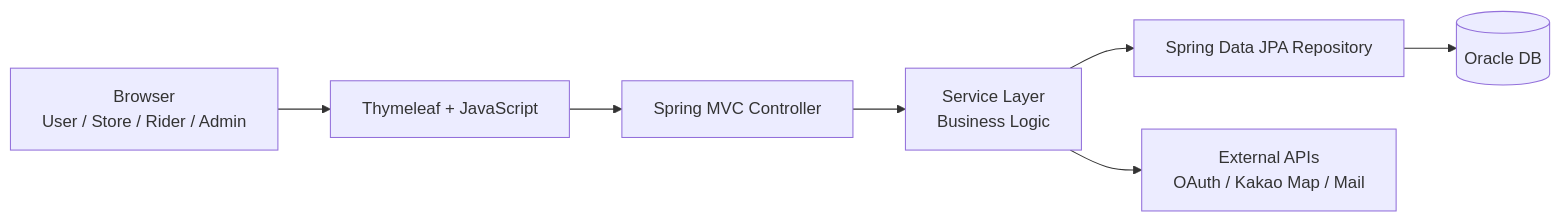
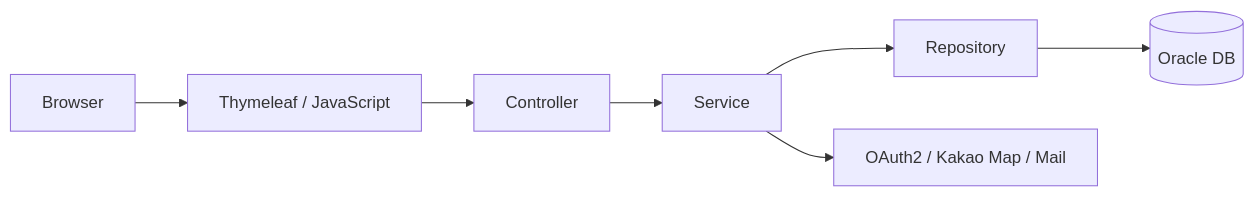
Before and after one commit to SanghyeokLee-KR/DeliveryPro: the second of 2 diagrams in README.md, drawn with Mermaid. The commit also changed other lines of this file and 1 other file, not shown here.

Commit message:
docs: focus README on service portfolio

````diff
--- a/README.md
+++ b/README.md
@@ -125,17 +147,17 @@
 ```mermaid
 flowchart LR
-    Client["Browser<br/>User / Store / Rider / Admin"]
-    View["Thymeleaf + JavaScript"]
-    Controller["Spring MVC Controller"]
-    Service["Service Layer<br/>Business Logic"]
-    Repository["Spring Data JPA Repository"]
+    Browser["Browser"]
+    View["Thymeleaf / JavaScript"]
+    Controller["Controller"]
+    Service["Service"]
+    Repository["Repository"]
     DB[("Oracle DB")]
-    External["External APIs<br/>OAuth / Kakao Map / Mail"]
+    External["OAuth2 / Kakao Map / Mail"]
 
-    Client --> View
+    Browser --> View
     View --> Controller
     Controller --> Service
     Service --> Repository
     Repository --> DB
     Service --> External
 ```
````
